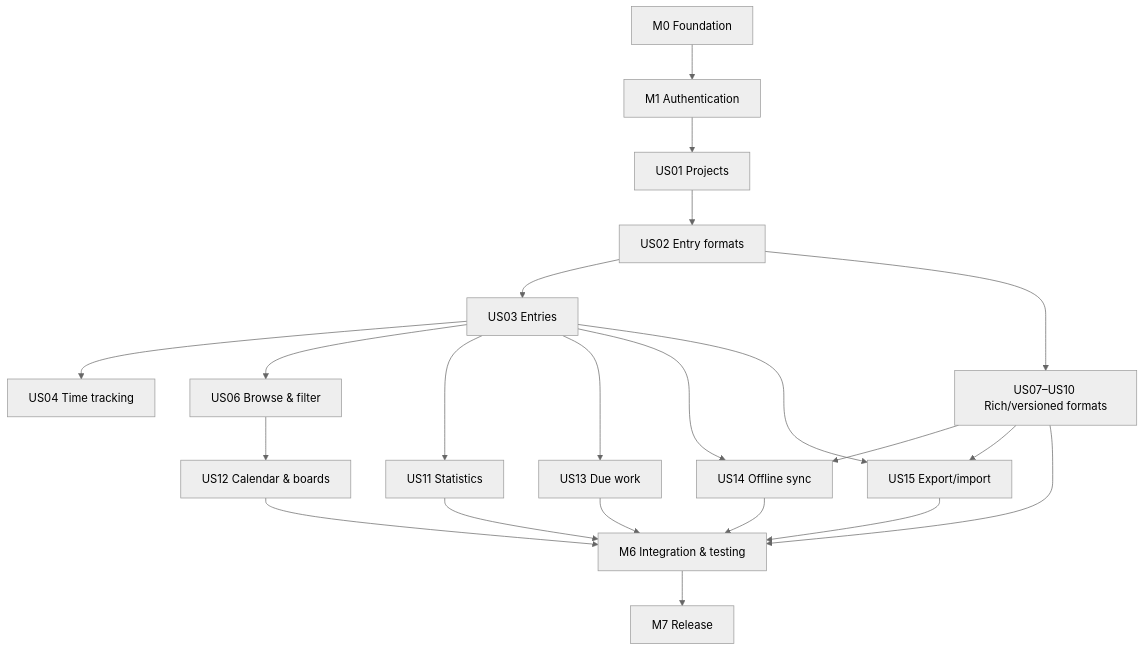
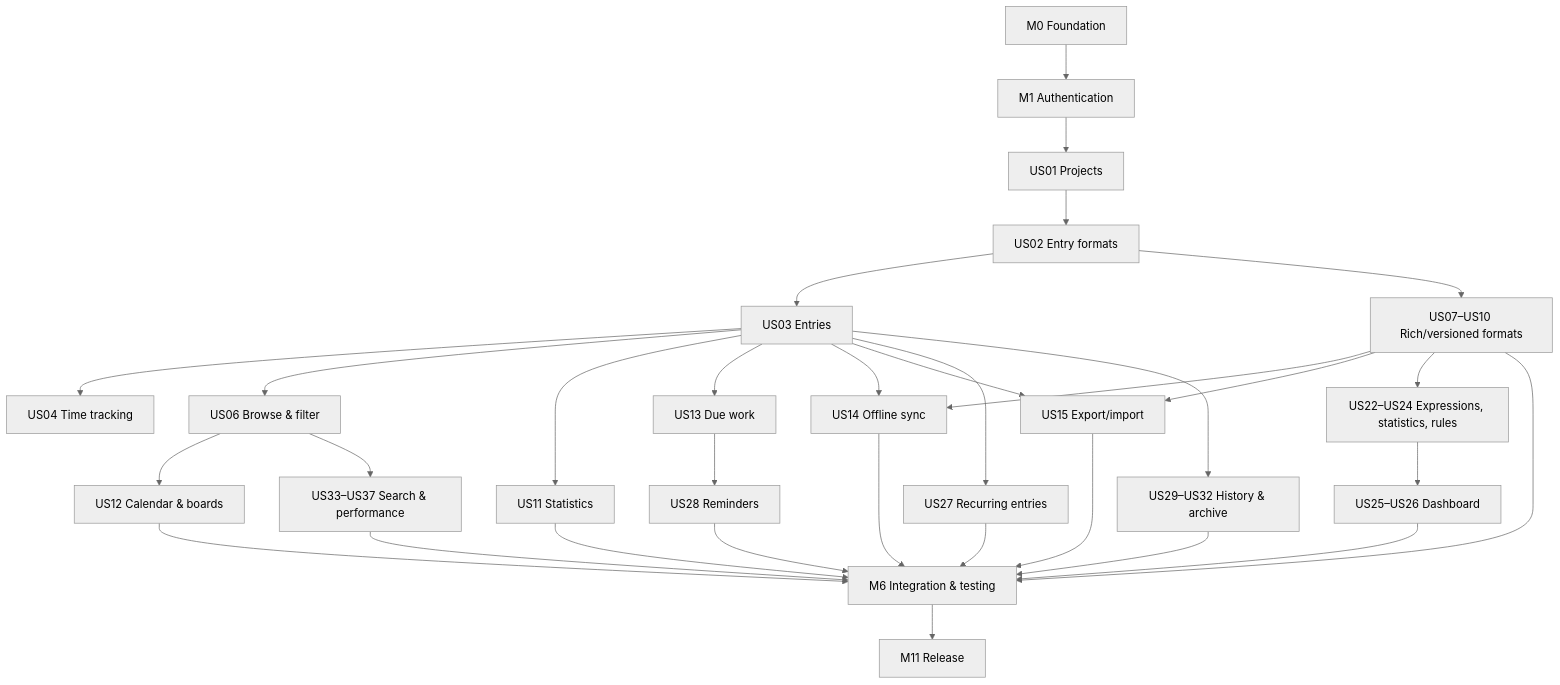
Before and after one commit to DiMpho-20/coms3011a-logbook-digital-logbook: the second of 2 diagrams in docs/design/roadmap.md, drawn with Mermaid (neutral theme). The commit also changed other lines of this file and 2 other files, not shown here.

First line of the commit message:
docs: add Sprint 3 to the development plan and roadmap

````diff
--- a/docs/design/roadmap.md
+++ b/docs/design/roadmap.md
@@ -207,24 +249,34 @@
 ```mermaid
 flowchart TD
     A["M0 Foundation"] --> B["M1 Authentication"]
     B --> C["US01 Projects"]
     C --> D["US02 Entry formats"]
     D --> E["US03 Entries"]
     E --> F["US04 Time tracking"]
     E --> G["US06 Browse & filter"]
     D --> H["US07–US10 Rich/versioned formats"]
     E --> I["US11 Statistics"]
     G --> J["US12 Calendar & boards"]
     E --> K["US13 Due work"]
     E --> L["US14 Offline sync"]
     H --> L
     E --> M["US15 Export/import"]
     H --> M
+    H --> X["US22–US24 Expressions, statistics, rules"]
+    X --> Y["US25–US26 Dashboard"]
+    E --> Z["US27 Recurring entries"]
+    K --> W["US28 Reminders"]
+    E --> V["US29–US32 History & archive"]
+    G --> S["US33–US37 Search & performance"]
     H --> N["M6 Integration & testing"]
     I --> N
     J --> N
-    K --> N
     L --> N
     M --> N
-    N --> O["M7 Release"]
+    Y --> N
+    Z --> N
+    W --> N
+    V --> N
+    S --> N
+    N --> O["M11 Release"]
 ```
````
